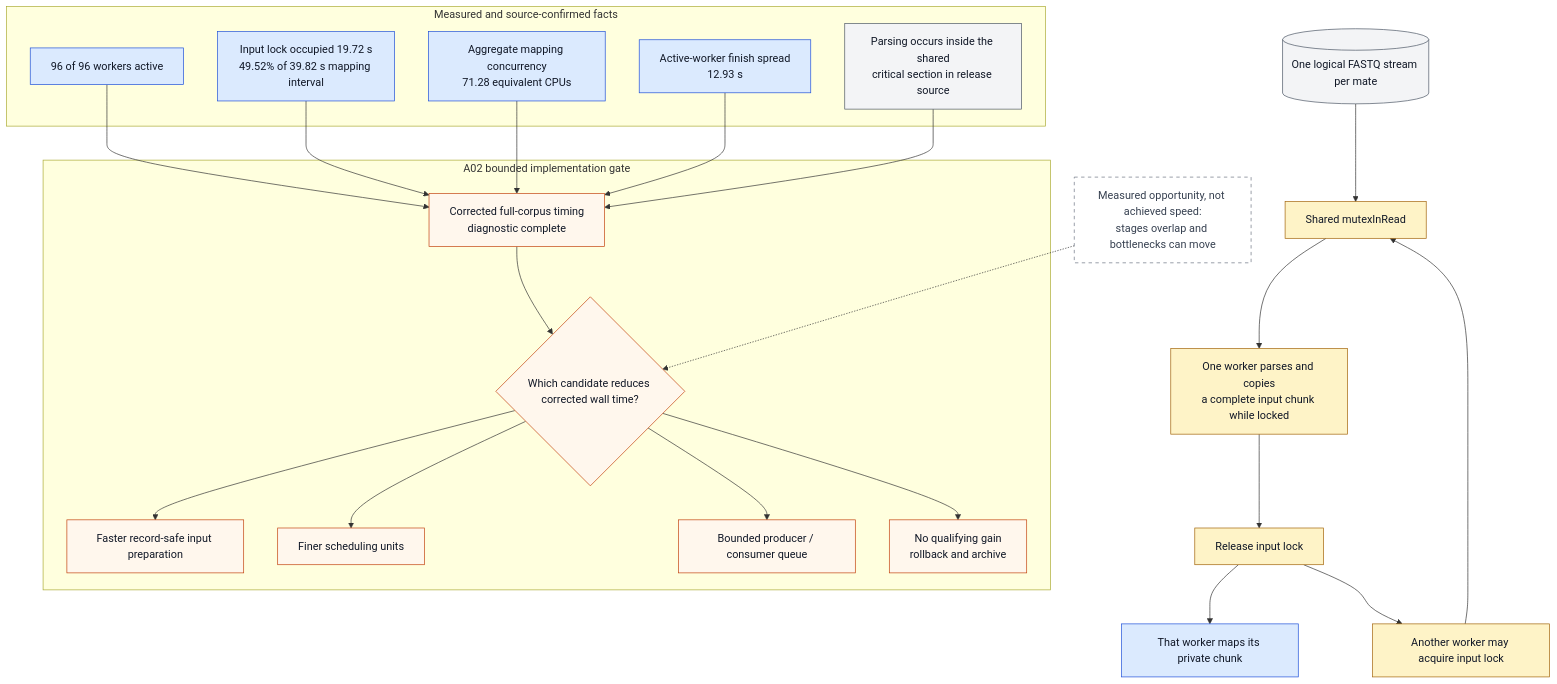
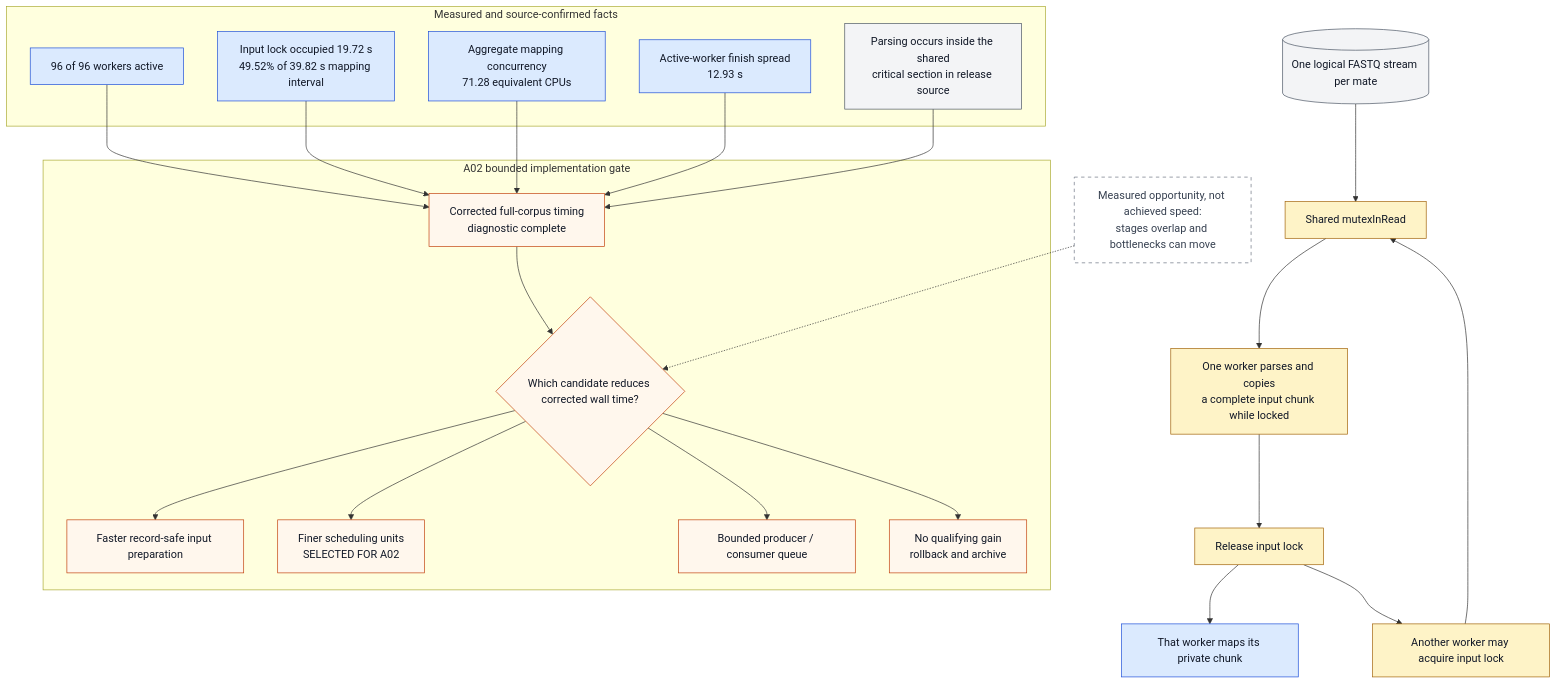
The diagram in docs/architecture/diagrams/src/F16-input-dispatch-diagnostics.mmd (justinblethrow-cloud/STAR), drawn with Mermaid before and after one commit. The commit also changed 20 other files, not shown here.

```diff
--- a/docs/architecture/diagrams/src/F16-input-dispatch-diagnostics.mmd
+++ b/docs/architecture/diagrams/src/F16-input-dispatch-diagnostics.mmd
@@ -1,52 +1,52 @@
 flowchart TD
     STREAM[("One logical FASTQ stream per mate")]
     MUTEX["Shared mutexInRead"]
     PARSE["One worker parses and copies<br/>a complete input chunk while locked"]
     RELEASE["Release input lock"]
     MAP["That worker maps its private chunk"]
     NEXT["Another worker may acquire input lock"]
 
     STREAM --> MUTEX --> PARSE --> RELEASE
     RELEASE --> MAP
     RELEASE --> NEXT --> MUTEX
 
     subgraph FACTS["Measured and source-confirmed facts"]
         THREADS["96 of 96 workers active"]
         LOCK["Input lock occupied 19.72 s<br/>49.52% of 39.82 s mapping interval"]
         CONCURRENCY["Aggregate mapping concurrency<br/>71.28 equivalent CPUs"]
         TAIL["Active-worker finish spread<br/>12.93 s"]
         SOURCE["Parsing occurs inside the shared<br/>critical section in release source"]
     end
 
     subgraph ATTRIBUTION["A02 bounded implementation gate"]
         METRICS["Corrected full-corpus timing<br/>diagnostic complete"]
         QUESTION{"Which candidate reduces corrected wall time?"}
         FAST["Faster record-safe input preparation"]
-        COARSE["Finer scheduling units"]
+        COARSE["Finer scheduling units<br/>SELECTED FOR A02"]
         OVERLAP["Bounded producer / consumer queue"]
         OTHER["No qualifying gain<br/>rollback and archive"]
     end
 
     THREADS --> METRICS
     LOCK --> METRICS
     CONCURRENCY --> METRICS
     TAIL --> METRICS
     SOURCE --> METRICS
     METRICS --> QUESTION
     QUESTION --> FAST
     QUESTION --> COARSE
     QUESTION --> OVERLAP
     QUESTION --> OTHER
 
     CAVEAT["Measured opportunity, not achieved speed:<br/>stages overlap and bottlenecks can move"] -.-> QUESTION
 
     classDef source fill:#f3f4f6,stroke:#4b5563,color:#111827;
     classDef control fill:#fef3c7,stroke:#a16207,color:#111827;
     classDef measured fill:#dbeafe,stroke:#1d4ed8,color:#111827;
     classDef experiment fill:#fff7ed,stroke:#c2410c,color:#111827;
     classDef note fill:#ffffff,stroke:#6b7280,color:#374151,stroke-dasharray: 5 5;
     class STREAM,SOURCE source;
     class MUTEX,PARSE,RELEASE,NEXT control;
     class MAP,THREADS,LOCK,CONCURRENCY,TAIL measured;
     class METRICS,QUESTION,FAST,COARSE,OVERLAP,OTHER experiment;
     class CAVEAT note;
```
